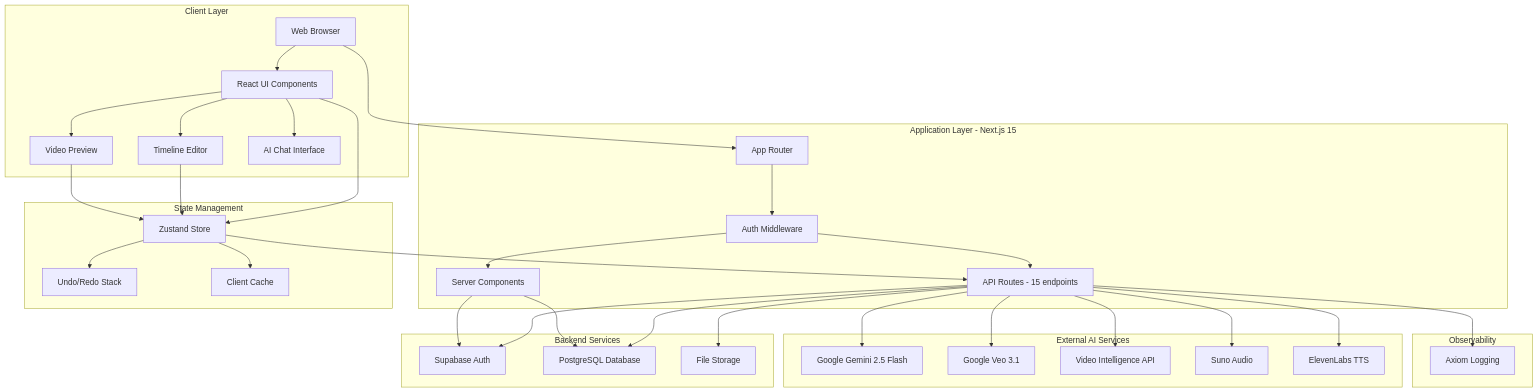
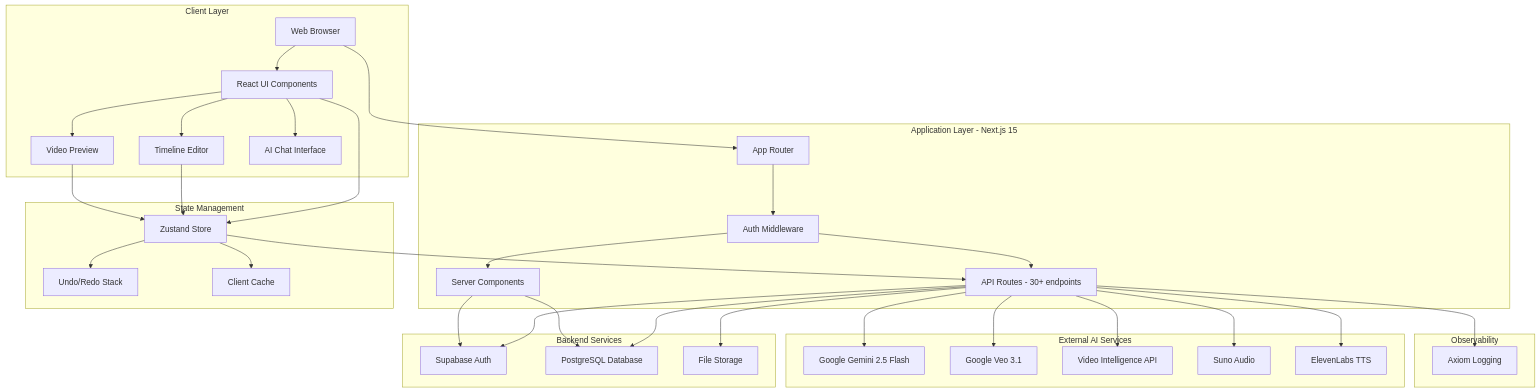
The first of 18 diagrams in docs/ARCHITECTURE.md (Dreamrealai/nonlinear-editor), drawn with Mermaid before and after one commit. The commit also changed other lines of this file and 1 other file, not shown here.

````diff
--- a/docs/ARCHITECTURE.md
+++ b/docs/ARCHITECTURE.md
@@ -36,71 +43,71 @@
 ```mermaid
 graph TB
     subgraph "Client Layer"
         Browser[Web Browser]
         UI[React UI Components]
         Timeline[Timeline Editor]
         Preview[Video Preview]
         Chat[AI Chat Interface]
     end
 
     subgraph "Application Layer - Next.js 15"
         AppRouter[App Router]
         Middleware[Auth Middleware]
         SSR[Server Components]
-        API[API Routes - 15 endpoints]
+        API[API Routes - 30+ endpoints]
     end
 
     subgraph "State Management"
         Zustand[Zustand Store]
         History[Undo/Redo Stack]
         LocalCache[Client Cache]
     end
 
     subgraph "Backend Services"
         SupabaseAuth[Supabase Auth]
         SupabaseDB[PostgreSQL Database]
         SupabaseStorage[File Storage]
     end
 
     subgraph "External AI Services"
         Gemini[Google Gemini 2.5 Flash]
         Veo[Google Veo 3.1]
         VideoIntel[Video Intelligence API]
         Suno[Suno Audio]
         ElevenLabs[ElevenLabs TTS]
     end
 
     subgraph "Observability"
         Axiom[Axiom Logging]
     end
 
     Browser --> UI
     UI --> Timeline
     UI --> Preview
     UI --> Chat
     UI --> Zustand
     Timeline --> Zustand
     Preview --> Zustand
 
     Browser --> AppRouter
     AppRouter --> Middleware
     Middleware --> SSR
     Middleware --> API
 
     API --> SupabaseAuth
     API --> SupabaseDB
     API --> SupabaseStorage
     API --> Gemini
     API --> Veo
     API --> VideoIntel
     API --> Suno
     API --> ElevenLabs
     API --> Axiom
 
     Zustand --> API
     Zustand --> History
     Zustand --> LocalCache
 
     SSR --> SupabaseDB
     SSR --> SupabaseAuth
 ```
````
